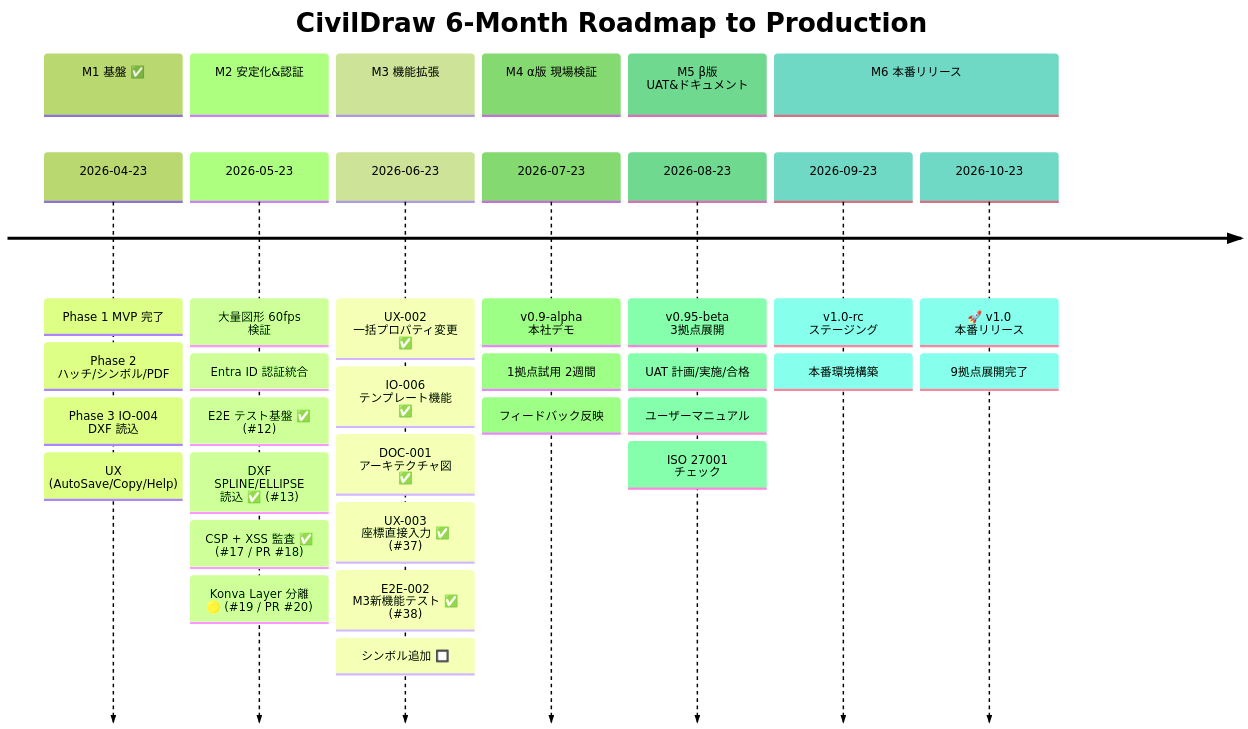
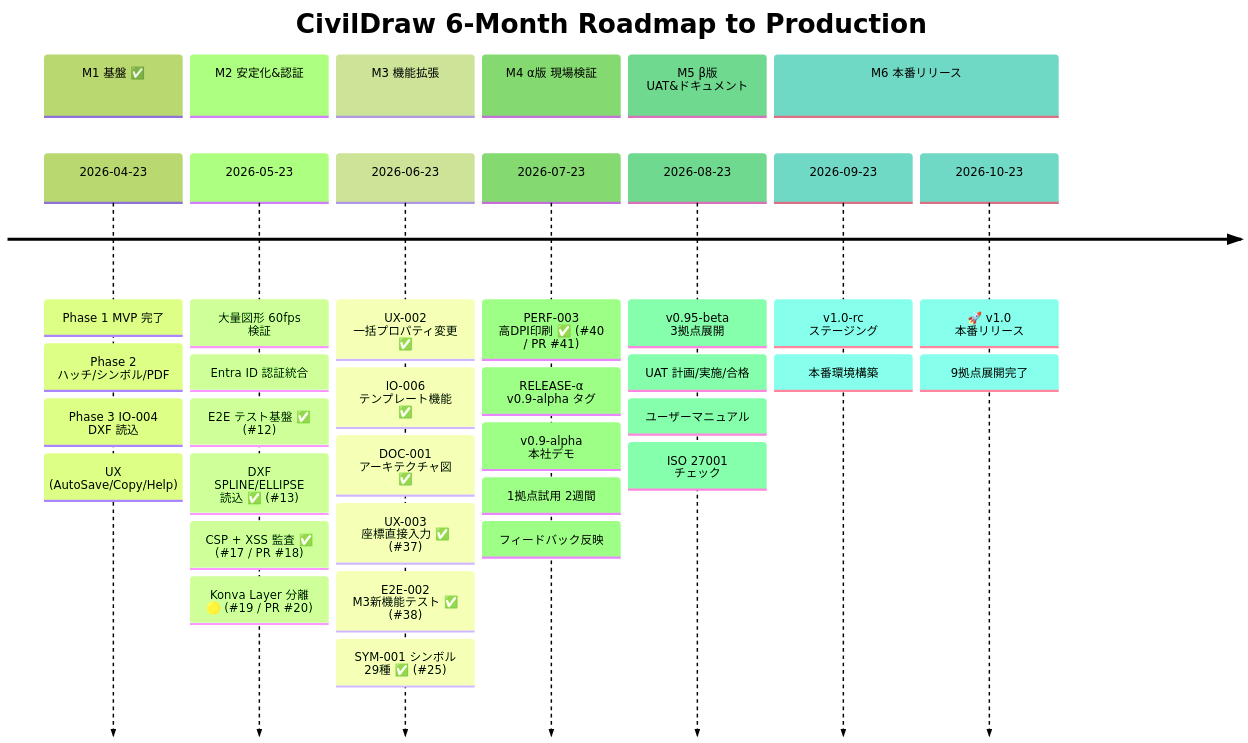
One commit to Kensan196948G/Civil-Draw changed the fourth of 4 diagrams in README.md. Above: the diagram before and after it, drawn with Mermaid (forest theme). The commit also changed other lines of this file, not shown here.

Commit message:
docs: README M3完了・M4 PERF-003完了・高DPI印刷説明を更新
- ガントチャート: M3 シンボル追加 SYM-001✅、M4 PERF-003✅ を反映
- 品質指標: GitHub Issues 進捗を M3完了/M4 PERF-003✅ に更新
- フッター: 印刷解像度を高DPI対応（288dpi相当）の説明に変更

````diff
--- a/README.md
+++ b/README.md
@@ -322,37 +322,39 @@
 ```mermaid
 timeline
     title CivilDraw 6-Month Roadmap to Production
     section M1 基盤 ✅
         2026-04-23 : Phase 1 MVP 完了
                     : Phase 2 ハッチ/シンボル/PDF
                     : Phase 3 IO-004 DXF 読込
                     : UX (AutoSave/Copy/Help)
     section M2 安定化&認証
         2026-05-23 : 大量図形 60fps 検証
                     : Entra ID 認証統合
                     : E2E テスト基盤 ✅ (#12)
                     : DXF SPLINE/ELLIPSE 読込 ✅ (#13)
                     : CSP + XSS 監査 ✅ (#17 / PR #18)
                     : Konva Layer 分離 🟡 (#19 / PR #20)
     section M3 機能拡張
         2026-06-23 : UX-002 一括プロパティ変更 ✅
                     : IO-006 テンプレート機能 ✅
                     : DOC-001 アーキテクチャ図 ✅
                     : UX-003 座標直接入力 ✅ (#37)
                     : E2E-002 M3新機能テスト ✅ (#38)
-                    : シンボル追加 🔲
+                    : SYM-001 シンボル 29種 ✅ (#25)
     section M4 α版 現場検証
-        2026-07-23 : v0.9-alpha 本社デモ
+        2026-07-23 : PERF-003 高DPI印刷 ✅ (#40 / PR #41)
+                    : RELEASE-α v0.9-alpha タグ
+                    : v0.9-alpha 本社デモ
                     : 1拠点試用 2週間
                     : フィードバック反映
     section M5 β版 UAT&ドキュメント
         2026-08-23 : v0.95-beta 3拠点展開
                     : UAT 計画/実施/合格
                     : ユーザーマニュアル
                     : ISO 27001 チェック
     section M6 本番リリース
         2026-09-23 : v1.0-rc ステージング
                     : 本番環境構築
         2026-10-23 : 🚀 v1.0 本番リリース
                     : 9拠点展開完了
 ```
````
